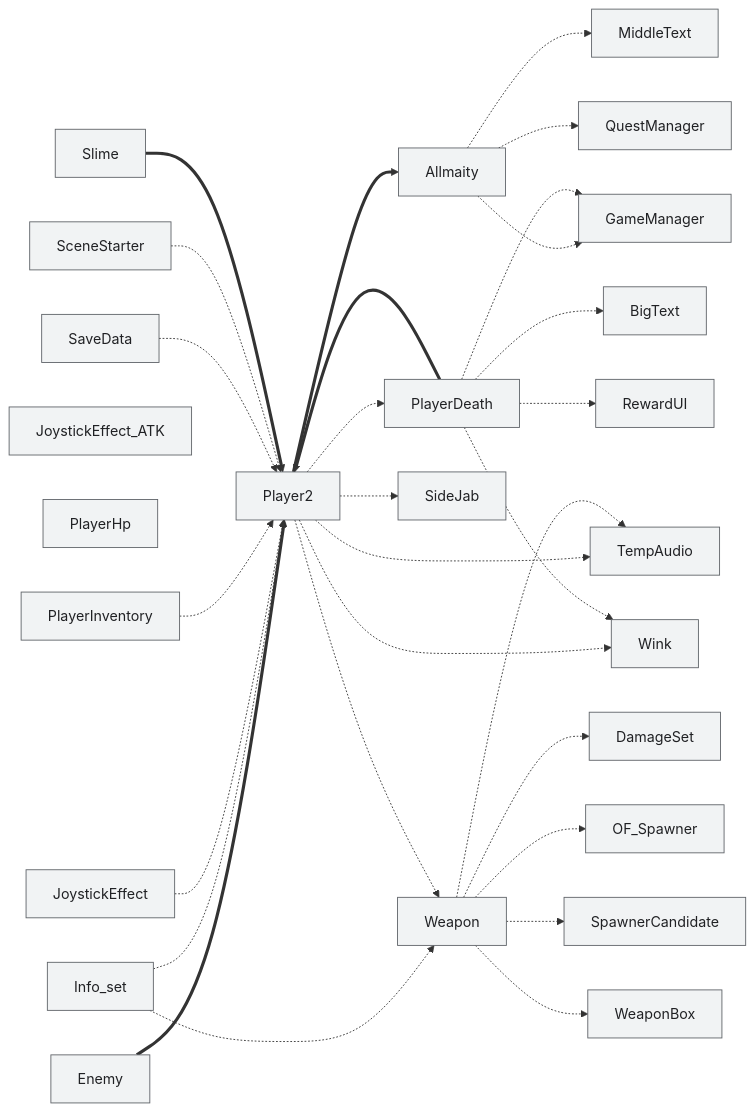
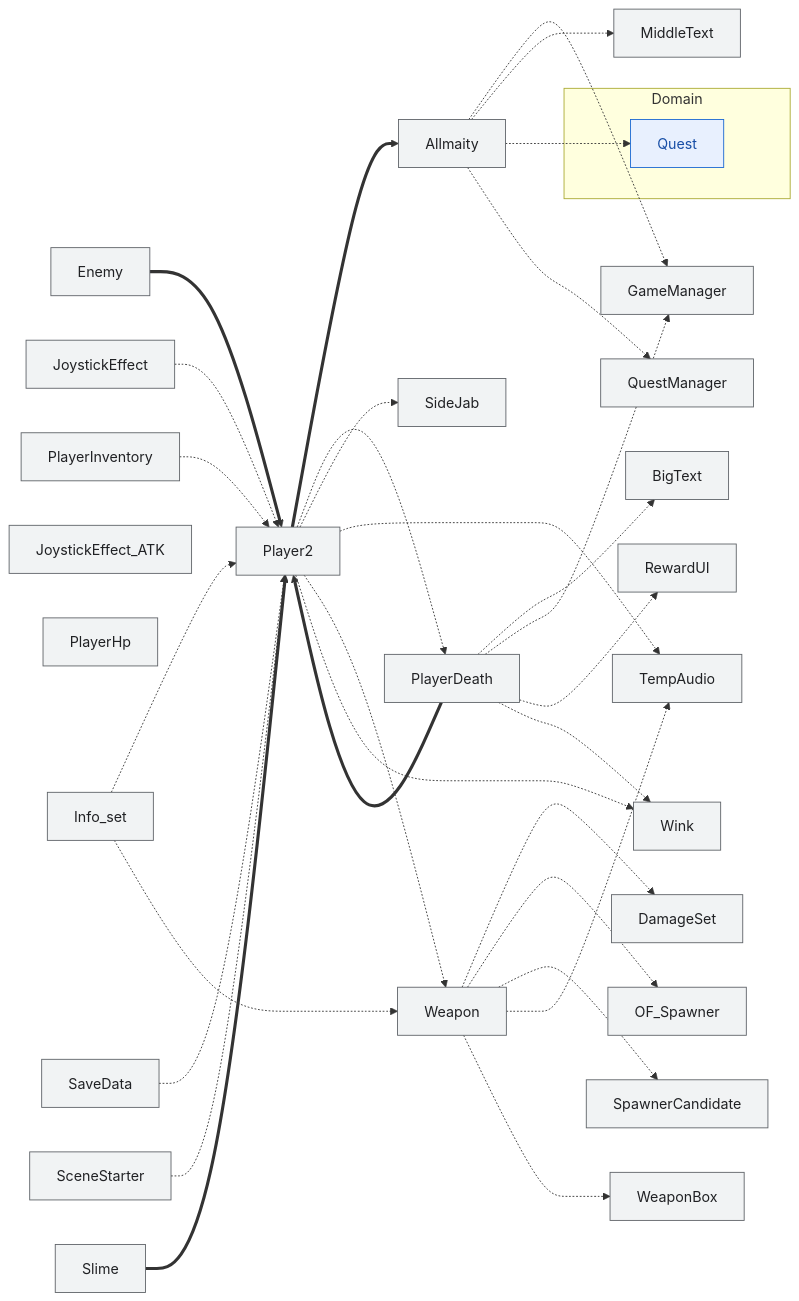
Before and after one commit to hukahirame/memorial-frontland: the diagram in docs/dependencies-diagrams/player.md, drawn with Mermaid. The commit also changed 14 other files, not shown here.

````diff
--- a/docs/dependencies-diagrams/player.md
+++ b/docs/dependencies-diagrams/player.md
@@ -12,59 +12,64 @@
 ```mermaid
 graph LR
+  subgraph Domain
+    Quest
+  end
   Allmaity
   BigText
   DamageSet
   Enemy
   GameManager
   Info_set
   JoystickEffect
   JoystickEffect_ATK
   MiddleText
   OF_Spawner
   Player2
   PlayerDeath
   PlayerHp
   PlayerInventory
   QuestManager
   RewardUI
   SaveData
   SceneStarter
   SideJab
   Slime
   SpawnerCandidate
   TempAudio
   Weapon
   WeaponBox
   Wink
   Allmaity -.-> GameManager
   Allmaity -.-> MiddleText
+  Allmaity -.-> Quest
   Allmaity -.-> QuestManager
   Enemy ==> Player2
   Info_set -.-> Player2
   Info_set -.-> Weapon
   JoystickEffect -.-> Player2
   Player2 ==> Allmaity
   Player2 -.-> PlayerDeath
   Player2 -.-> SideJab
   Player2 -.-> TempAudio
   Player2 -.-> Weapon
   Player2 -.-> Wink
   PlayerDeath -.-> BigText
   PlayerDeath -.-> GameManager
   PlayerDeath ==> Player2
   PlayerDeath -.-> RewardUI
   PlayerDeath -.-> Wink
   PlayerInventory -.-> Player2
   SaveData -.-> Player2
   SceneStarter -.-> Player2
   Slime ==> Player2
   Weapon -.-> DamageSet
   Weapon -.-> OF_Spawner
   Weapon -.-> SpawnerCandidate
   Weapon -.-> TempAudio
   Weapon -.-> WeaponBox
   classDef domain fill:#e8f0fe,stroke:#1967d2,color:#174ea6;
   classDef game   fill:#fef7e0,stroke:#b06000,color:#8a5300;
   classDef legacy fill:#f1f3f4,stroke:#5f6368,color:#202124;
+  class Quest domain;
   class Allmaity,BigText,DamageSet,Enemy,GameManager,Info_set,JoystickEffect,JoystickEffect_ATK,MiddleText,OF_Spawner,Player2,PlayerDeath,PlayerHp,PlayerInventory,QuestManager,RewardUI,SaveData,SceneStarter,SideJab,Slime,SpawnerCandidate,TempAudio,Weapon,WeaponBox,Wink legacy;
 ```
````
